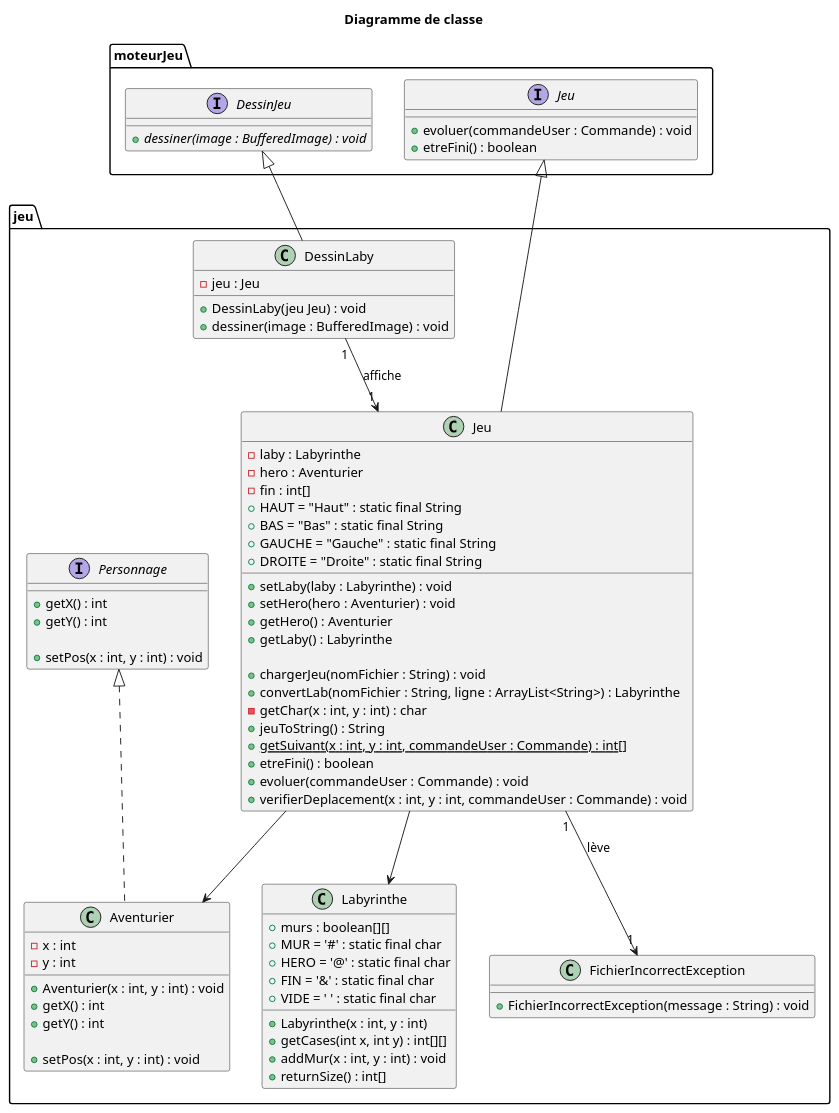
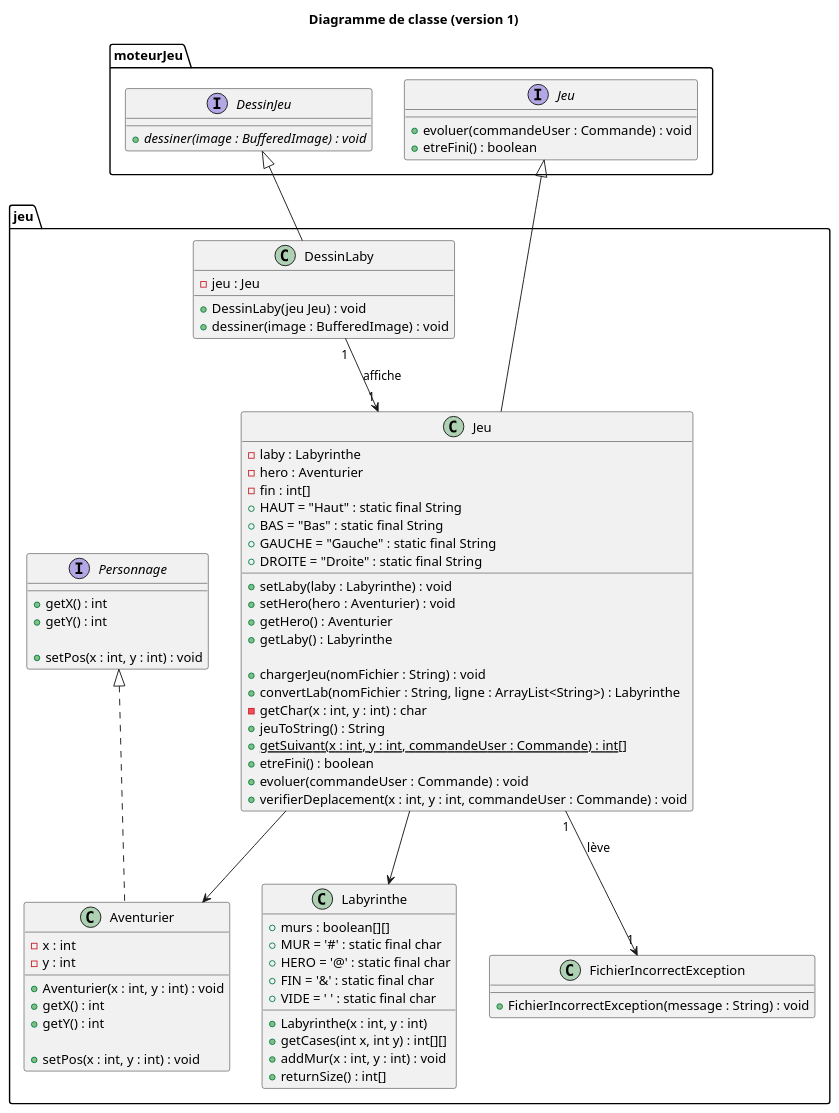
The diagram in documents/version_2/Diagramme de Classe.puml (lucas-martinati-pro/SAE_S2.01_Zeldiablo-LucasM_JeanLM_PierreGSV), drawn with PlantUML before and after one commit. The commit also changed 5 other files, not shown here.

Commit message:
rename Diagramme

```diff
--- a/documents/version_2/Diagramme de Classe.puml
+++ b/documents/version_2/Diagramme de Classe.puml
@@ -1,80 +1,80 @@
 @startuml
-title Diagramme de classe
+title Diagramme de classe (version 1)
 
 class jeu.Jeu {
     -laby : Labyrinthe
     -hero : Aventurier
     -fin : int[]
     +HAUT = "Haut" : static final String
     +BAS = "Bas" : static final String
     +GAUCHE = "Gauche" : static final String
     +DROITE = "Droite" : static final String
 
     +setLaby(laby : Labyrinthe) : void
     +setHero(hero : Aventurier) : void
     +getHero() : Aventurier
     +getLaby() : Labyrinthe
 
     +chargerJeu(nomFichier : String) : void
     +convertLab(nomFichier : String, ligne : ArrayList<String>) : Labyrinthe
     -getChar(x : int, y : int) : char
     +jeuToString() : String
     +{static} getSuivant(x : int, y : int, commandeUser : Commande) : int[]
     +etreFini() : boolean
     +evoluer(commandeUser : Commande) : void
     +verifierDeplacement(x : int, y : int, commandeUser : Commande) : void
 }
 interface moteurJeu.Jeu {
     +evoluer(commandeUser : Commande) : void
     +etreFini() : boolean
 }
 class jeu.Labyrinthe {
     +murs : boolean[][]
     +MUR = '#' : static final char
     +HERO = '@' : static final char
     +FIN = '&' : static final char
     +VIDE = ' ' : static final char
 
     +Labyrinthe(x : int, y : int)
     +getCases(int x, int y) : int[][]
     +addMur(x : int, y : int) : void
     +returnSize() : int[]
 }
 interface jeu.Personnage {
     +getX() : int
     +getY() : int
 
     +setPos(x : int, y : int) : void
 }
 class jeu.Aventurier {
     -x : int
     -y : int
 
     +Aventurier(x : int, y : int) : void
     +getX() : int
     +getY() : int
 
     +setPos(x : int, y : int) : void
 }
 class jeu.FichierIncorrectException {
     +FichierIncorrectException(message : String) : void
 }
 interface moteurJeu.DessinJeu {
     +{abstract} dessiner(image : BufferedImage) : void
 }
 class jeu.DessinLaby {
     -jeu : Jeu
 
     +DessinLaby(jeu Jeu) : void
     +dessiner(image : BufferedImage) : void
 }
 
 DessinJeu <|-- DessinLaby
 DessinLaby "1" --> "1" jeu.Jeu : affiche
 
 jeu.Jeu --> Labyrinthe
 moteurJeu.Jeu <|-- jeu.Jeu
 jeu.Jeu --> Aventurier
 Personnage <|.. Aventurier
 jeu.Jeu "1" --> "1" FichierIncorrectException : lève
 @enduml
```
